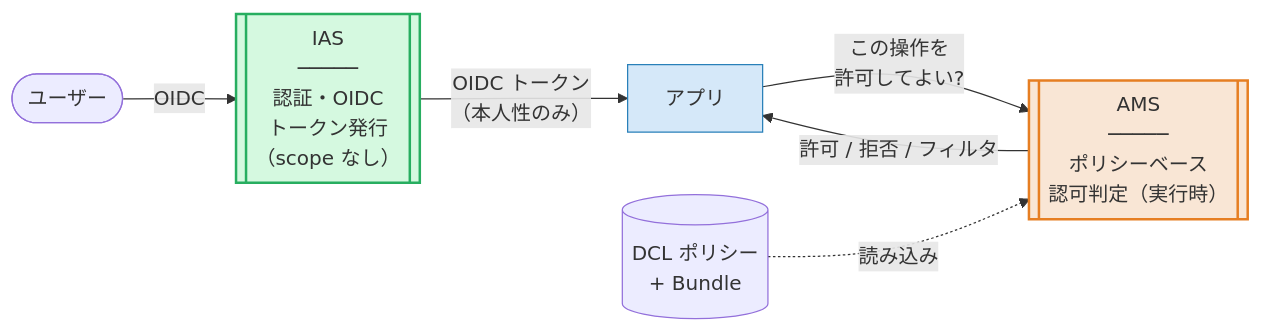
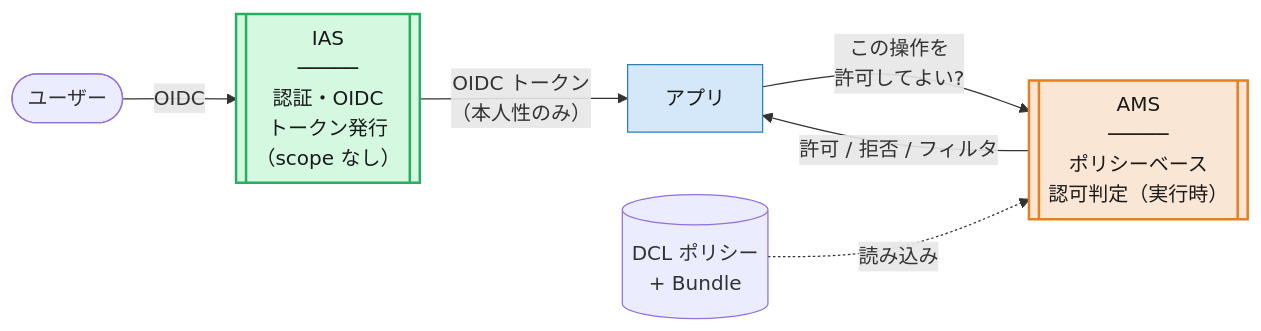
Before and after one commit to miyasuta/cloud-identity-developer-guide: the second of 3 diagrams in learning/01-overview-paradigm-shift.md, drawn with Mermaid. The commit also changed other lines of this file and 3 other files, not shown here.

````diff
--- a/learning/01-overview-paradigm-shift.md
+++ b/learning/01-overview-paradigm-shift.md
@@ -38,18 +38,18 @@
 ```mermaid
 flowchart LR
     User([ユーザー])
     IAS[["IAS<br/>─────<br/>認証・OIDC<br/>トークン発行<br/>（scope なし）"]]
     App["アプリ"]
     AMS[["AMS<br/>─────<br/>ポリシーベース<br/>認可判定（実行時）"]]
     DCL[("DCL ポリシー<br/>+ Bundle")]
 
     User -->|OIDC| IAS
     IAS -->|"OIDC トークン<br/>（本人性のみ）"| App
     App -->|"この操作を<br/>許可してよい?"| AMS
     DCL -.読み込み.-> AMS
     AMS -->|許可 / 拒否 / フィルタ| App
 
-    style IAS fill:#d5f9e0,stroke:#27ae60,stroke-width:2px
-    style AMS fill:#f9e6d5,stroke:#e67e22,stroke-width:2px
-    style App fill:#d5e8f9,stroke:#2980b9
+    style IAS fill:#d5f9e0,stroke:#27ae60,stroke-width:2px,color:#1a1a1a
+    style AMS fill:#f9e6d5,stroke:#e67e22,stroke-width:2px,color:#1a1a1a
+    style App fill:#d5e8f9,stroke:#2980b9,color:#1a1a1a
 ```
````
